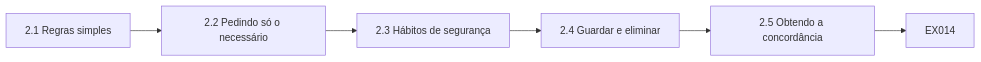
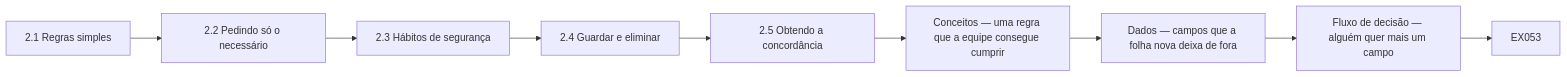
Before and after one commit to hiagokinlevi/CyKin: the fifth of 12 diagrams in levels/rapid-1-month/data-governance/pt/book/MANUSCRIPT.md, drawn with Mermaid. The commit also changed other lines of this file and 1 other file, not shown here.

````diff
--- a/levels/rapid-1-month/data-governance/pt/book/MANUSCRIPT.md
+++ b/levels/rapid-1-month/data-governance/pt/book/MANUSCRIPT.md
@@ -171,9 +240,12 @@
 ```mermaid
 flowchart LR
   N0["2.1 Regras simples"]
   N1["2.2 Pedindo só o necessário"]
   N2["2.3 Hábitos de segurança"]
   N3["2.4 Guardar e eliminar"]
   N4["2.5 Obtendo a concordância"]
-  N0 --> N1 --> N2 --> N3 --> N4 --> Q["EX014"]
+  N5["Conceitos — uma regra que a equipe consegue cumprir"]
+  N6["Dados — campos que a folha nova deixa de fora"]
+  N7["Fluxo de decisão — alguém quer mais um campo"]
+  N0 --> N1 --> N2 --> N3 --> N4 --> N5 --> N6 --> N7 --> Q["EX053"]
 ```
````
